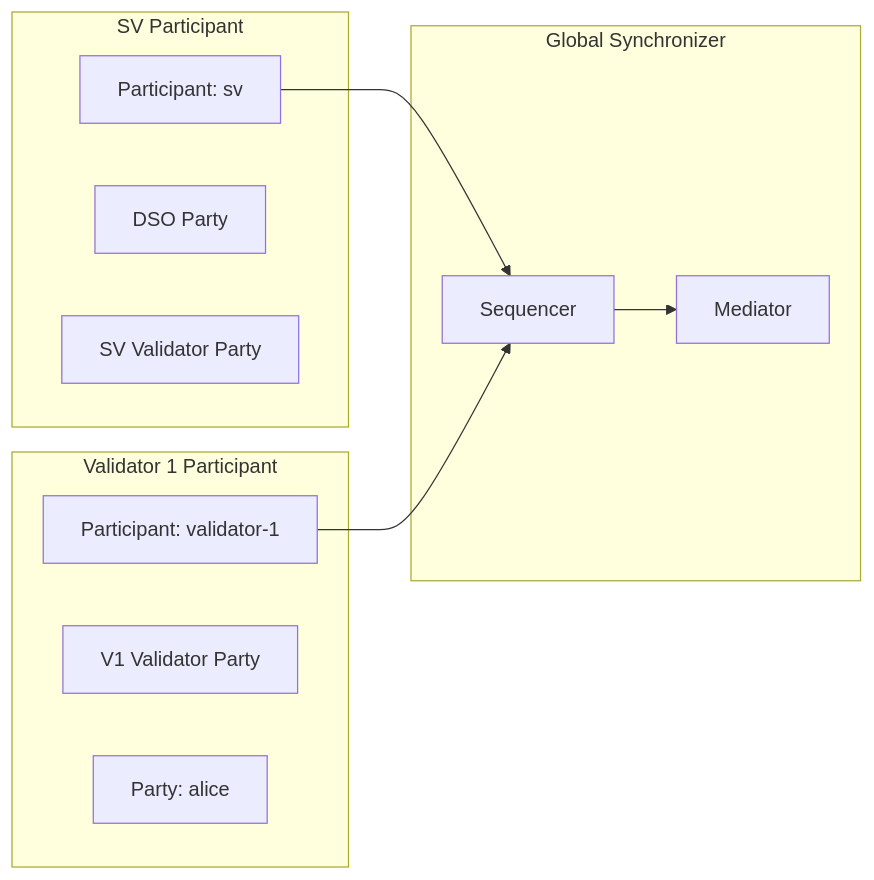
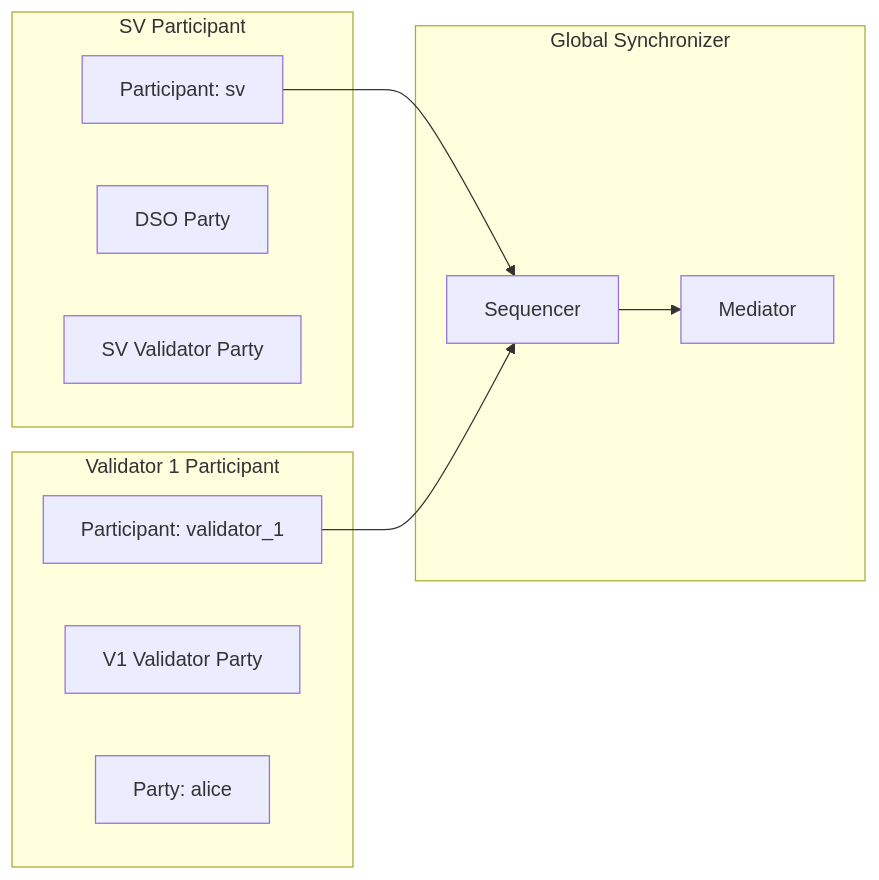
Before and after one commit to denex-io/denex-network-manager: the fourth of 7 diagrams in site/src/content/docs/how-it-works/architecture.md, drawn with Mermaid. The commit also changed other lines of this file and 34 other files, not shown here.

````diff
--- a/site/src/content/docs/how-it-works/architecture.md
+++ b/site/src/content/docs/how-it-works/architecture.md
@@ -429,23 +453,23 @@
 ```mermaid
 graph LR
     subgraph "SV Participant"
         SV_P[Participant: sv]
         DSO[DSO Party]
         SV_VP[SV Validator Party]
     end
     
     subgraph "Validator 1 Participant"
-        V1_P[Participant: validator-1]
+        V1_P[Participant: validator_1]
         V1_VP[V1 Validator Party]
         Alice[Party: alice]
     end
     
     subgraph "Global Synchronizer"
         Seq[Sequencer]
         Med[Mediator]
     end
     
     SV_P --> Seq
     V1_P --> Seq
     Seq --> Med
 ```
````
